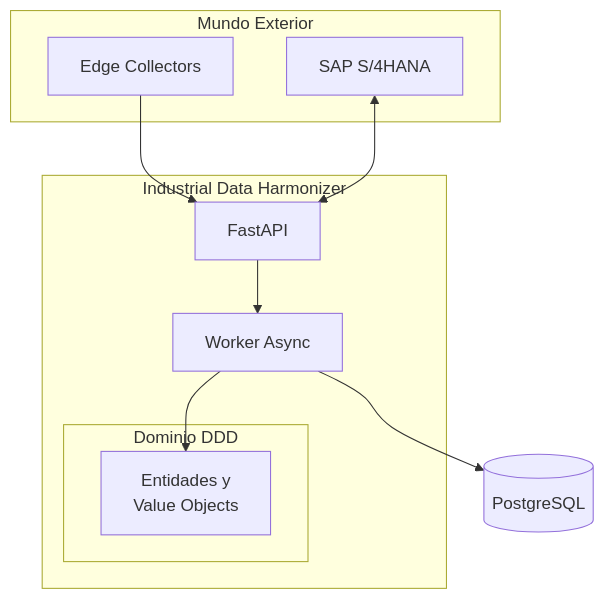
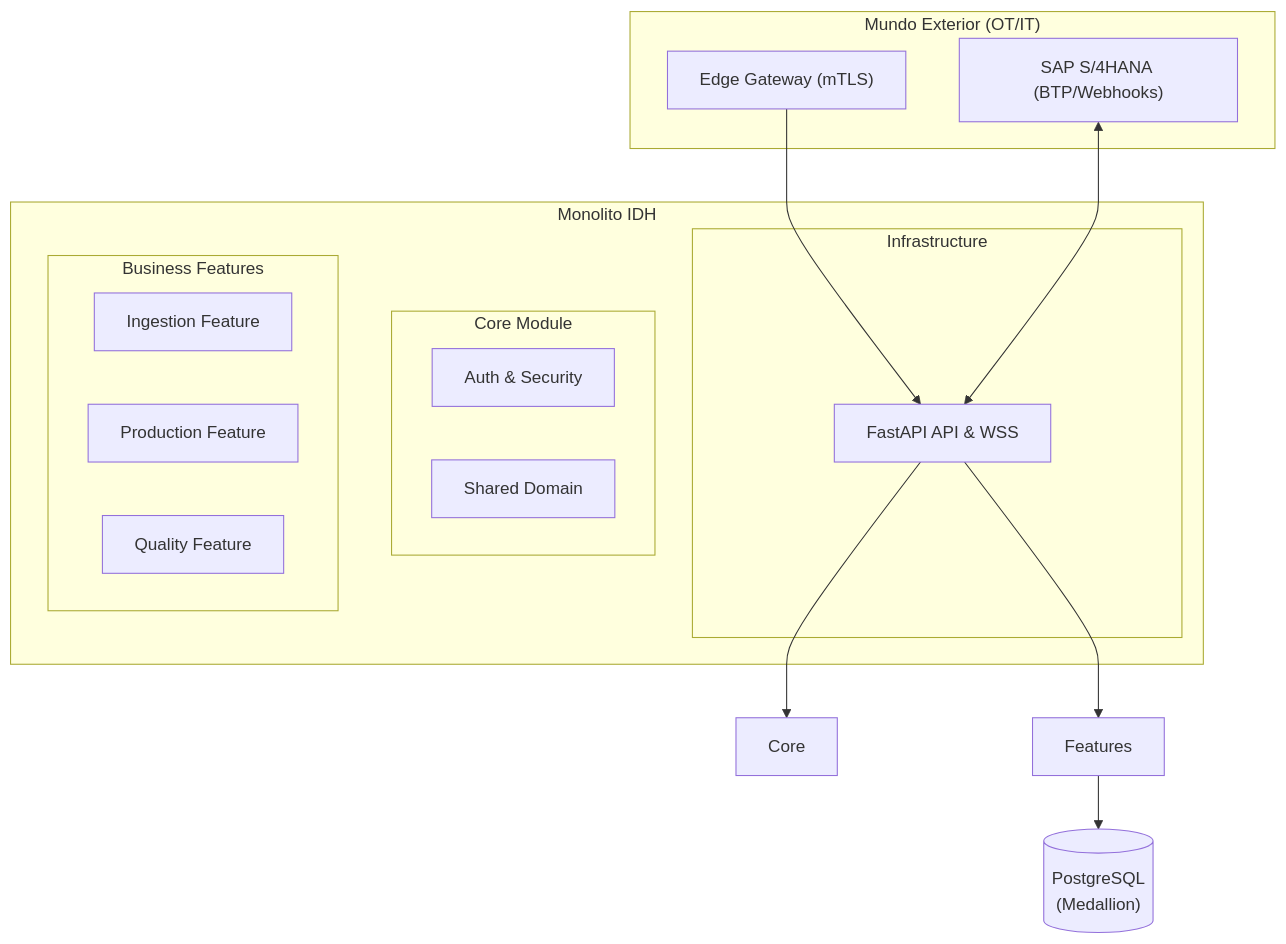
Before and after one commit to gapc87/industrial-data-harmonizer: the diagram in README.md, drawn with Mermaid. The commit also changed other lines of this file and 14 other files, not shown here.

````diff
--- a/README.md
+++ b/README.md
@@ -67,24 +66,30 @@
 ```mermaid
 graph TD
-    subgraph "Mundo Exterior"
-        Edge["Edge Collectors"]
-        SAP["SAP S/4HANA"]
+    subgraph "Mundo Exterior (OT/IT)"
+        Edge["Edge Gateway (mTLS)"]
+        SAP["SAP S/4HANA (BTP/Webhooks)"]
     end
 
-    subgraph "Industrial Data Harmonizer"
-        API["FastAPI"]
-        Worker["Worker Async"]
-
-        subgraph "Dominio DDD"
-            Model["Entidades y\nValue Objects"]
+    subgraph "Monolito IDH"
+        subgraph "Infrastructure"
+            API["FastAPI API & WSS"]
+        end
+        subgraph "Core Module"
+            Security["Auth & Security"]
+            Shared["Shared Domain"]
+        end
+        subgraph "Business Features"
+            Ingestion["Ingestion Feature"]
+            Production["Production Feature"]
+            Quality["Quality Feature"]
         end
     end
 
-    DB[("PostgreSQL")]
+    DB[("PostgreSQL\n(Medallion)")]
 
     Edge --> API
     SAP <--> API
-    API --> Worker
-    Worker --> Model
-    Worker --> DB
+    API --> Core
+    API --> Features
+    Features --> DB
 ```
````
